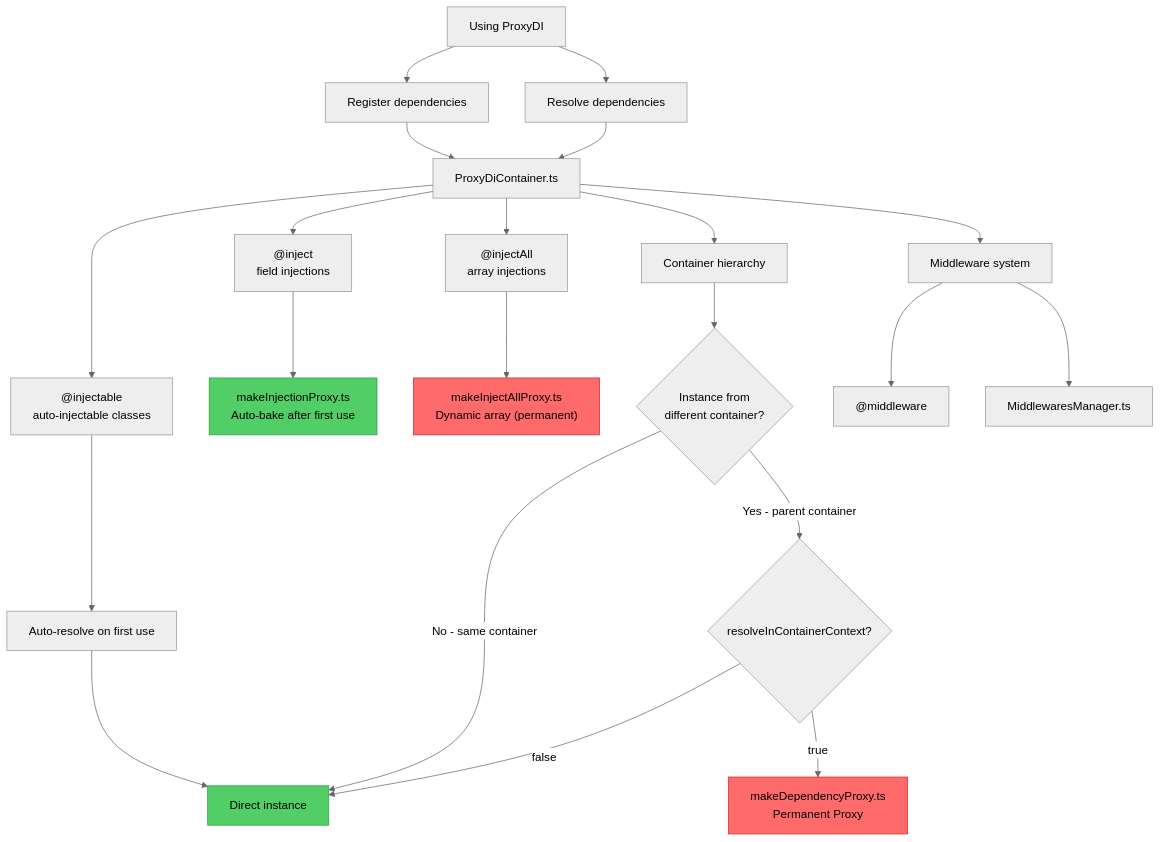
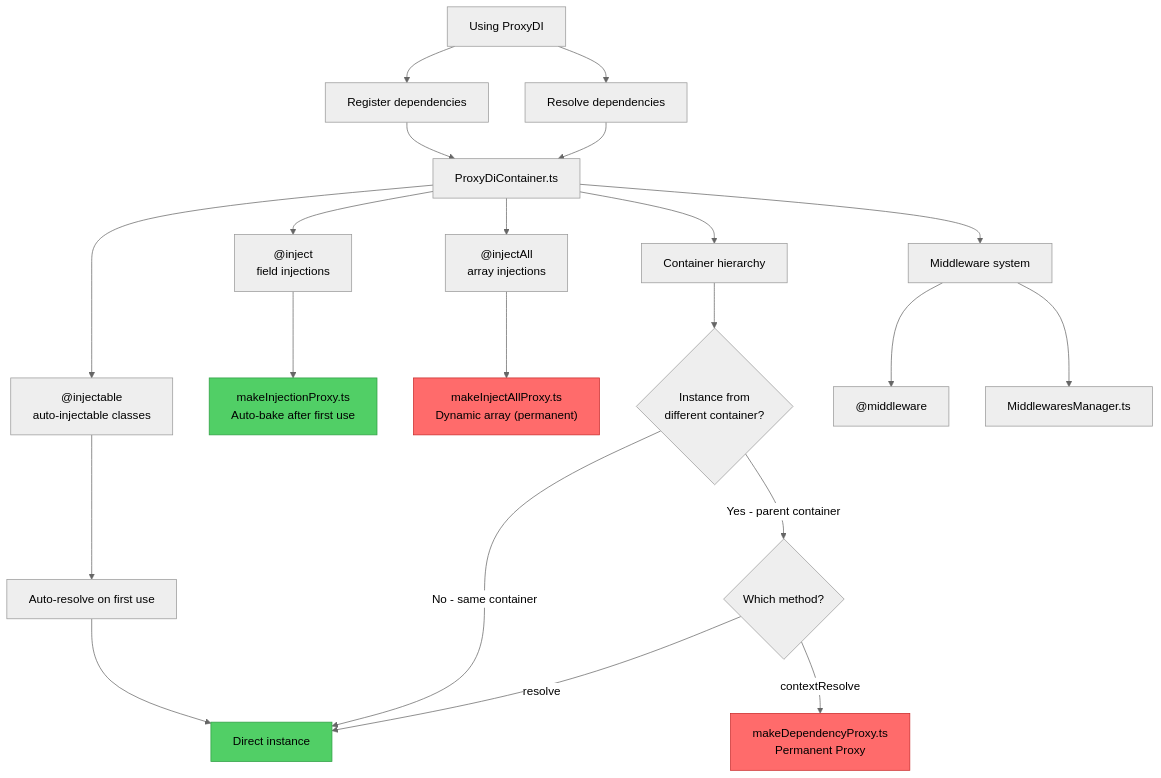
The diagram in documentation/proxydi.md (proxy-di/proxydi), drawn with Mermaid (neutral theme) before and after one commit. The commit also changed other lines of this file and 10 other files, not shown here.

Commit message:
contextResolve() instead of resolveInContainerContext option

````diff
--- a/documentation/proxydi.md
+++ b/documentation/proxydi.md
@@ -44,42 +44,42 @@
 ```mermaid
 graph TB
     User[Using ProxyDI] --> Register[Register dependencies]
     User --> Resolve[Resolve dependencies]
 
     Register --> Container[ProxyDiContainer.ts]
     Resolve --> Container
 
     Container --> Injectable["@injectable
     auto-injectable classes"]
     Container --> Inject["@inject
     field injections"]
     Container --> InjectAll["@injectAll
     array injections"]
 
     Injectable --> AutoResolve[Auto-resolve on first use]
     AutoResolve --> DirectInstance[Direct instance]
 
     Inject --> InjectionProxy["makeInjectionProxy.ts
     Auto-bake after first use"]
 
     InjectAll --> InjectAllProxy["makeInjectAllProxy.ts
     Dynamic array (permanent)"]
 
     Container --> Hierarchy[Container hierarchy]
     Hierarchy --> CheckOrigin{"Instance from
     different container?"}
     CheckOrigin -->|No - same container| DirectInstance
-    CheckOrigin -->|Yes - parent container| ResolveContext{resolveInContainerContext?}
-    ResolveContext -->|false| DirectInstance
-    ResolveContext -->|true| DependencyProxy["makeDependencyProxy.ts
+    CheckOrigin -->|Yes - parent container| ResolveContext{"Which method?"}
+    ResolveContext -->|resolve| DirectInstance
+    ResolveContext -->|contextResolve| DependencyProxy["makeDependencyProxy.ts
     Permanent Proxy"]
 
     Container --> Middleware[Middleware system]
     Middleware --> MiddlewareDecorator["@middleware"]
     Middleware --> MiddlewareManager[MiddlewaresManager.ts]
 
     style InjectionProxy fill:#51cf66,stroke:#2f9e44,color:#000
     style InjectAllProxy fill:#ff6b6b,stroke:#c92a2a,color:#000
     style DependencyProxy fill:#ff6b6b,stroke:#c92a2a,color:#000
     style DirectInstance fill:#51cf66,stroke:#2f9e44,color:#000
 ```
````
